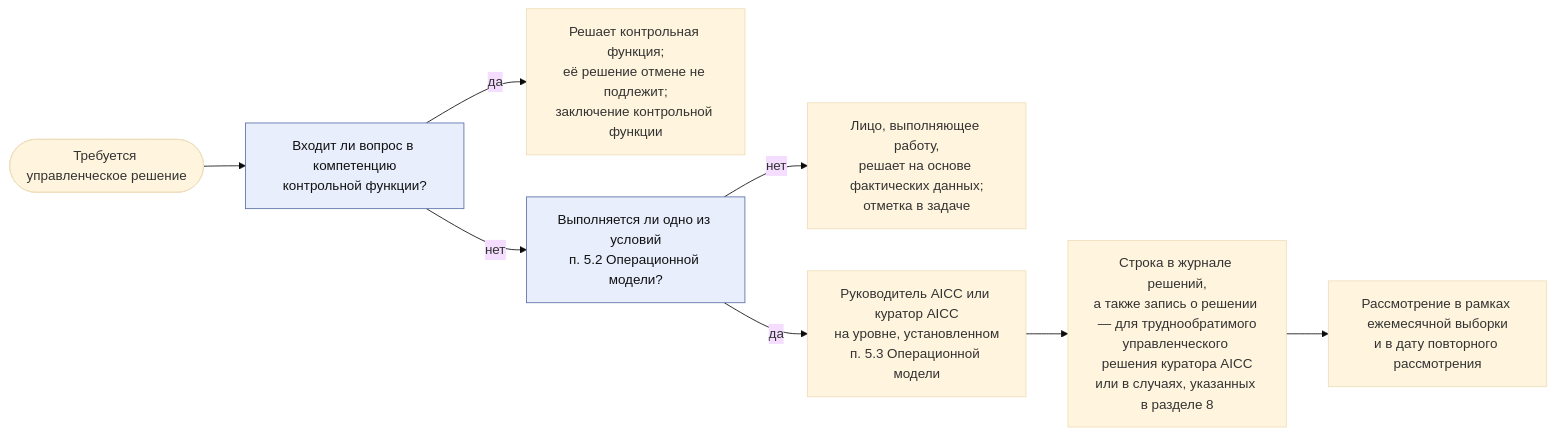
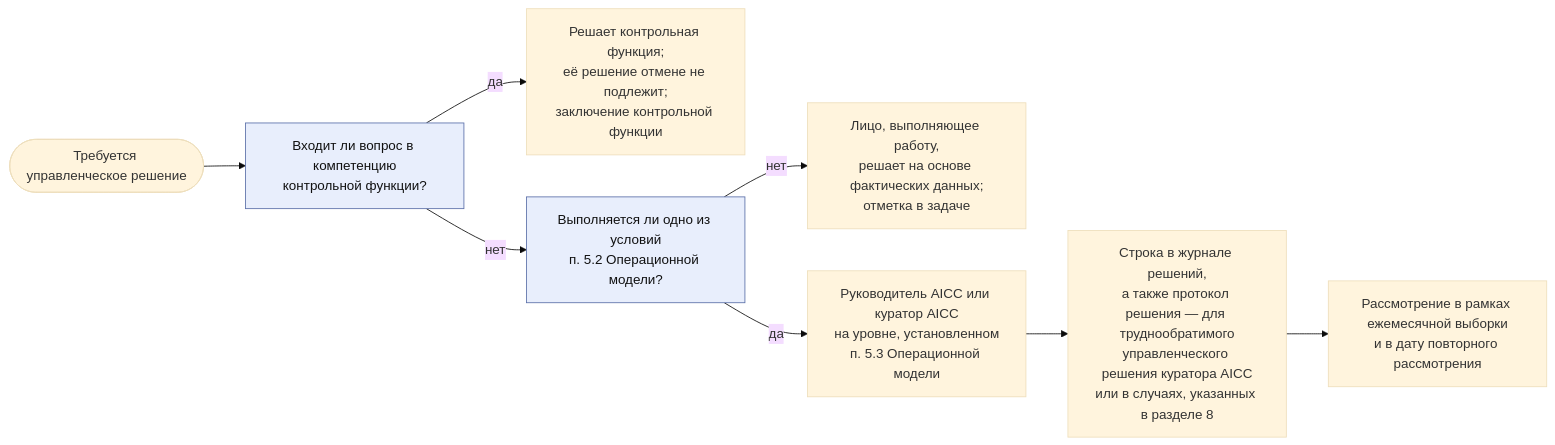
The third of 3 diagrams in charter/ru/guides/unit-governance-guide.md (devhogu/ob-aicc), drawn with Mermaid (base theme) before and after one commit. The commit also changed other lines of this file and 370 other files, not shown here.

````diff
--- a/charter/ru/guides/unit-governance-guide.md
+++ b/charter/ru/guides/unit-governance-guide.md
@@ -95,12 +95,12 @@
 ```mermaid
 flowchart LR
   DEC(["Требуется управленческое решение"]) --> Q1["Входит ли вопрос в компетенцию<br/>контрольной функции?"]
   Q1 -->|"да"| CFD["Решает контрольная функция;<br/>её решение отмене не подлежит;<br/>заключение контрольной функции"]
   Q1 -->|"нет"| Q2["Выполняется ли одно из условий<br/>п. 5.2 Операционной модели?"]
   Q2 -->|"нет"| TMD["Лицо, выполняющее работу,<br/>решает на основе фактических данных;<br/>отметка в задаче"]
   Q2 -->|"да"| LV["Руководитель AICC или куратор AICC<br/>на уровне, установленном<br/>п. 5.3 Операционной модели"]
-  LV --> LOG["Строка в журнале решений,<br/>а также запись о решении — для труднообратимого<br/>управленческого решения куратора AICC<br/>или в случаях, указанных в разделе 8"]
+  LV --> LOG["Строка в журнале решений,<br/>а также протокол решения — для труднообратимого<br/>управленческого решения куратора AICC<br/>или в случаях, указанных в разделе 8"]
   LOG --> REV["Рассмотрение в рамках ежемесячной выборки<br/>и в дату повторного рассмотрения"]
   classDef gate fill:#e8eefc,stroke:#5a6fa8,color:#111
   class Q1,Q2 gate
 ```
````
